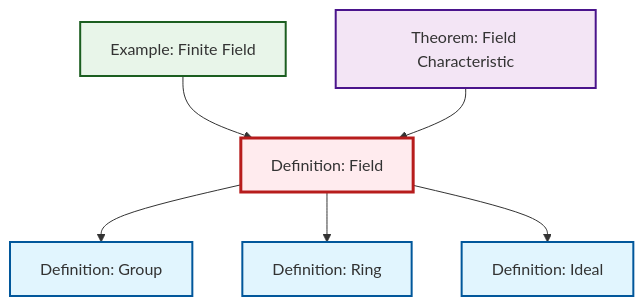
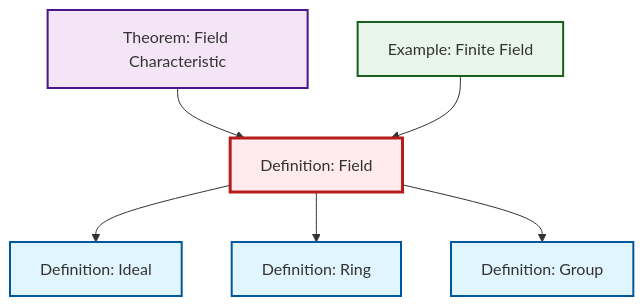
One commit to RK0429/ModernMath changed the diagram in output/mermaid/def-field.mermaid. Above: the diagram before and after it, drawn with Mermaid. The commit also changed other lines of this file and 1245 other files, not shown here.

```diff
--- a/output/mermaid/def-field.mermaid
+++ b/output/mermaid/def-field.mermaid
@@ -1,19 +1,19 @@
 %%| fig-cap: "Local dependency graph"
 graph TD
     classDef definition fill:#e1f5fe,stroke:#01579b,stroke-width:2px
     classDef theorem fill:#f3e5f5,stroke:#4a148c,stroke-width:2px
     classDef axiom fill:#fff3e0,stroke:#e65100,stroke-width:2px
     classDef example fill:#e8f5e9,stroke:#1b5e20,stroke-width:2px
     classDef current fill:#ffebee,stroke:#b71c1c,stroke-width:3px
     thm-field-characteristic["Theorem: Field Characteristic"]:::theorem
+    def-field["Definition: Field"]:::definition
     def-ideal["Definition: Ideal"]:::definition
+    def-group["Definition: Group"]:::definition
     def-ring["Definition: Ring"]:::definition
-    def-group["Definition: Group"]:::definition
-    def-field["Definition: Field"]:::definition
     ex-finite-field["Example: Finite Field"]:::example
-    def-field --> def-group
-    def-field --> def-ring
+    thm-field-characteristic --> def-field
     def-field --> def-ideal
     ex-finite-field --> def-field
-    thm-field-characteristic --> def-field
+    def-field --> def-ring
+    def-field --> def-group
     class def-field current
```
